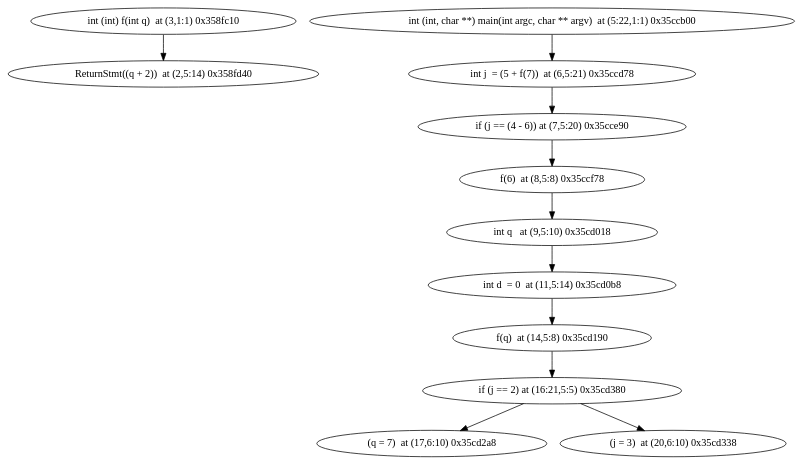
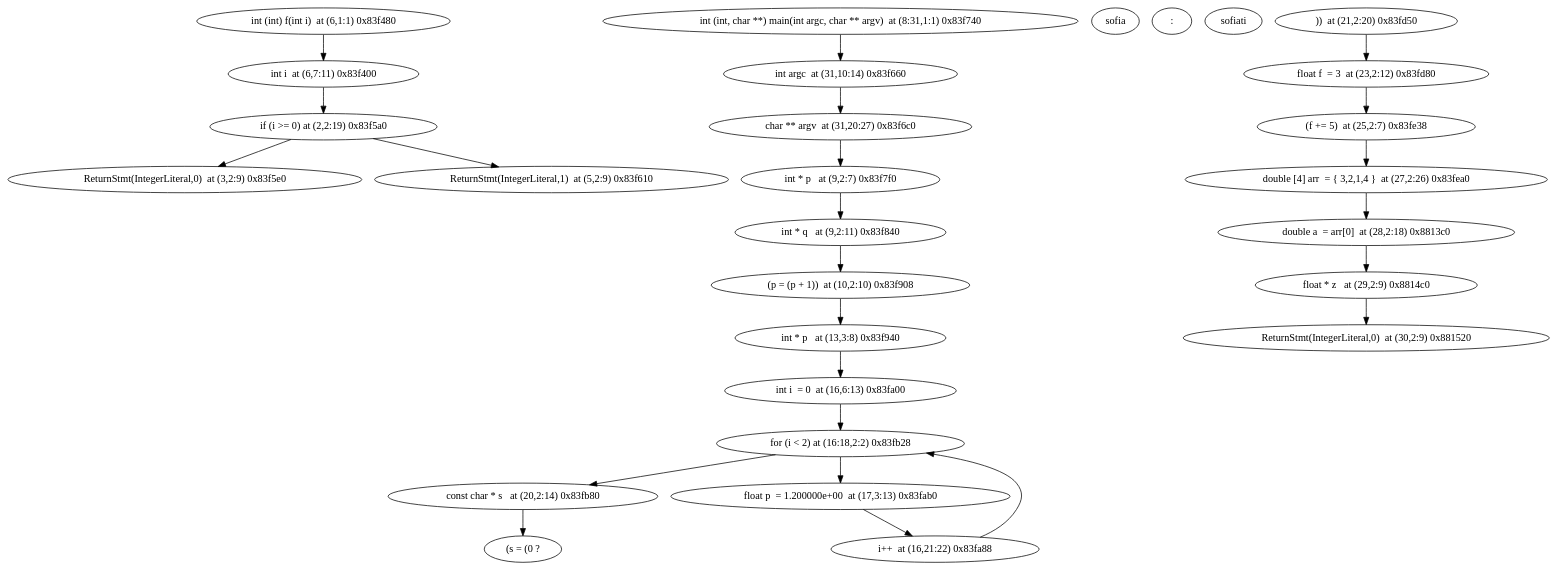
The diagram in ModelChecker/unitary_tests/Model_checker/test.dot (jxw1102/Projet-merou), drawn with Graphviz before and after one commit. The commit also changed 28 other files, not shown here.

```diff
--- a/ModelChecker/unitary_tests/Model_checker/test.dot
+++ b/ModelChecker/unitary_tests/Model_checker/test.dot
@@ -1,15 +1,28 @@
 digraph {
-"int (int) f(int q)  at (3,1:1) 0x358fc10" -> "ReturnStmt((q + 2))  at (2,5:14) 0x358fd40"
-"ReturnStmt((q + 2))  at (2,5:14) 0x358fd40"
-"int (int, char **) main(int argc, char ** argv)  at (5:22,1:1) 0x35ccb00" -> "int j  = (5 + f(7))  at (6,5:21) 0x35ccd78"
-"int j  = (5 + f(7))  at (6,5:21) 0x35ccd78" -> "if (j == (4 - 6)) at (7,5:20) 0x35cce90"
-"if (j == (4 - 6)) at (7,5:20) 0x35cce90" -> "f(6)  at (8,5:8) 0x35ccf78"
-"f(6)  at (8,5:8) 0x35ccf78" -> "int q   at (9,5:10) 0x35cd018"
-"int q   at (9,5:10) 0x35cd018" -> "int d  = 0  at (11,5:14) 0x35cd0b8"
-"int d  = 0  at (11,5:14) 0x35cd0b8" -> "f(q)  at (14,5:8) 0x35cd190"
-"f(q)  at (14,5:8) 0x35cd190" -> "if (j == 2) at (16:21,5:5) 0x35cd380"
-"if (j == 2) at (16:21,5:5) 0x35cd380" -> "(q = 7)  at (17,6:10) 0x35cd2a8"
-"if (j == 2) at (16:21,5:5) 0x35cd380" -> "(j = 3)  at (20,6:10) 0x35cd338"
-"(q = 7)  at (17,6:10) 0x35cd2a8"
-"(j = 3)  at (20,6:10) 0x35cd338"
+"int (int) f(int i)  at (6,1:1) 0x83f480" -> "int i  at (6,7:11) 0x83f400"
+"int i  at (6,7:11) 0x83f400" -> "if (i >= 0) at (2,2:19) 0x83f5a0"
+"if (i >= 0) at (2,2:19) 0x83f5a0" -> "ReturnStmt(IntegerLiteral,0)  at (3,2:9) 0x83f5e0"
+"if (i >= 0) at (2,2:19) 0x83f5a0" -> "ReturnStmt(IntegerLiteral,1)  at (5,2:9) 0x83f610"
+"ReturnStmt(IntegerLiteral,0)  at (3,2:9) 0x83f5e0"
+"ReturnStmt(IntegerLiteral,1)  at (5,2:9) 0x83f610"
+"int (int, char **) main(int argc, char ** argv)  at (8:31,1:1) 0x83f740" -> "int argc  at (31,10:14) 0x83f660"
+"int argc  at (31,10:14) 0x83f660" -> "char ** argv  at (31,20:27) 0x83f6c0"
+"char ** argv  at (31,20:27) 0x83f6c0" -> "int * p   at (9,2:7) 0x83f7f0"
+"int * p   at (9,2:7) 0x83f7f0" -> "int * q   at (9,2:11) 0x83f840"
+"int * q   at (9,2:11) 0x83f840" -> "(p = (p + 1))  at (10,2:10) 0x83f908"
+"(p = (p + 1))  at (10,2:10) 0x83f908" -> "int * p   at (13,3:8) 0x83f940"
+"int * p   at (13,3:8) 0x83f940" -> "int i  = 0  at (16,6:13) 0x83fa00"
+"int i  = 0  at (16,6:13) 0x83fa00" -> "for (i < 2) at (16:18,2:2) 0x83fb28"
+"for (i < 2) at (16:18,2:2) 0x83fb28" -> "const char * s   at (20,2:14) 0x83fb80"
+"for (i < 2) at (16:18,2:2) 0x83fb28" -> "float p  = 1.200000e+00  at (17,3:13) 0x83fab0"
+"const char * s   at (20,2:14) 0x83fb80" -> "(s = (0 ? "sofia" : "sofiati"))  at (21,2:20) 0x83fd50"
+"(s = (0 ? "sofia" : "sofiati"))  at (21,2:20) 0x83fd50" -> "float f  = 3  at (23,2:12) 0x83fd80"
+"float f  = 3  at (23,2:12) 0x83fd80" -> "(f += 5)  at (25,2:7) 0x83fe38"
+"(f += 5)  at (25,2:7) 0x83fe38" -> "double [4] arr  = { 3,2,1,4 }  at (27,2:26) 0x83fea0"
+"double [4] arr  = { 3,2,1,4 }  at (27,2:26) 0x83fea0" -> "double a  = arr[0]  at (28,2:18) 0x8813c0"
+"double a  = arr[0]  at (28,2:18) 0x8813c0" -> "float * z   at (29,2:9) 0x8814c0"
+"float * z   at (29,2:9) 0x8814c0" -> "ReturnStmt(IntegerLiteral,0)  at (30,2:9) 0x881520"
+"ReturnStmt(IntegerLiteral,0)  at (30,2:9) 0x881520"
+"float p  = 1.200000e+00  at (17,3:13) 0x83fab0" -> "i++  at (16,21:22) 0x83fa88"
+"i++  at (16,21:22) 0x83fa88" -> "for (i < 2) at (16:18,2:2) 0x83fb28"
 }
```
